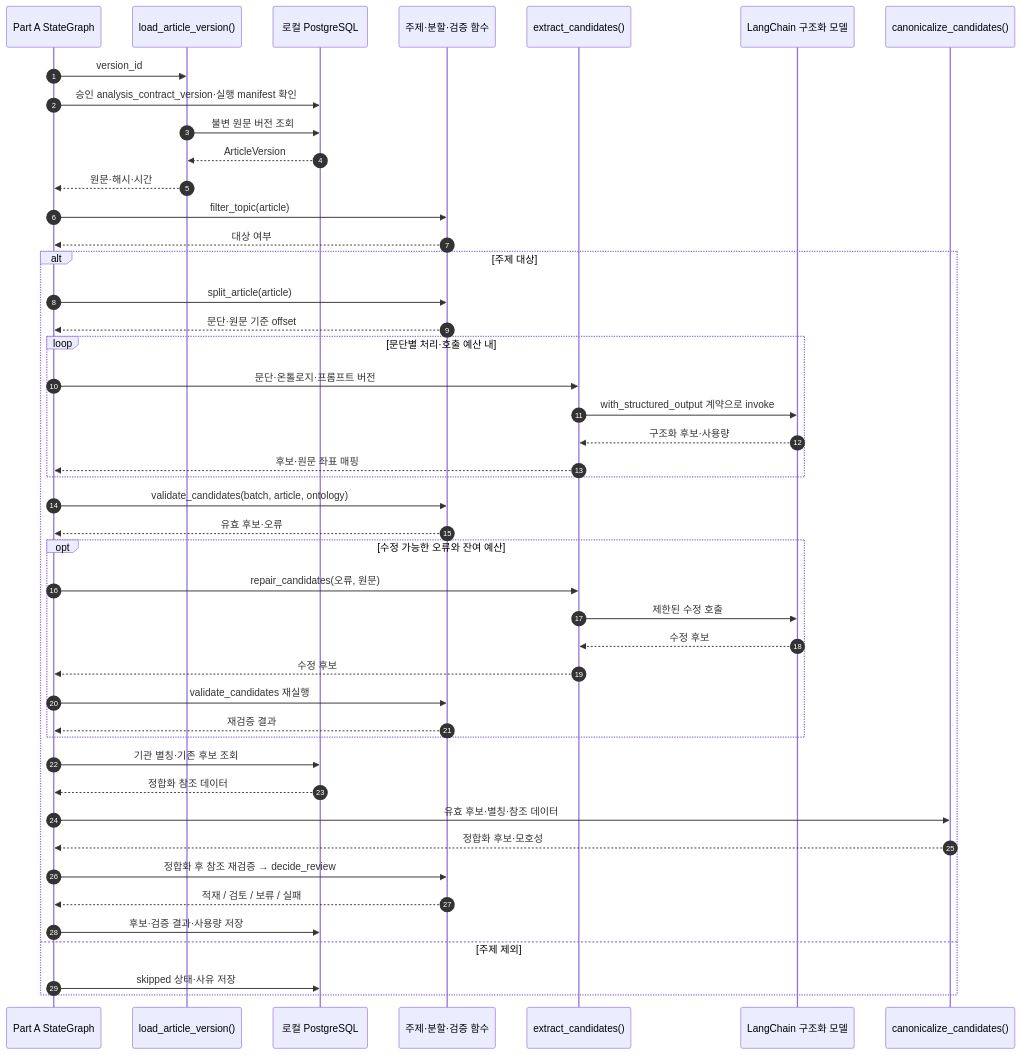
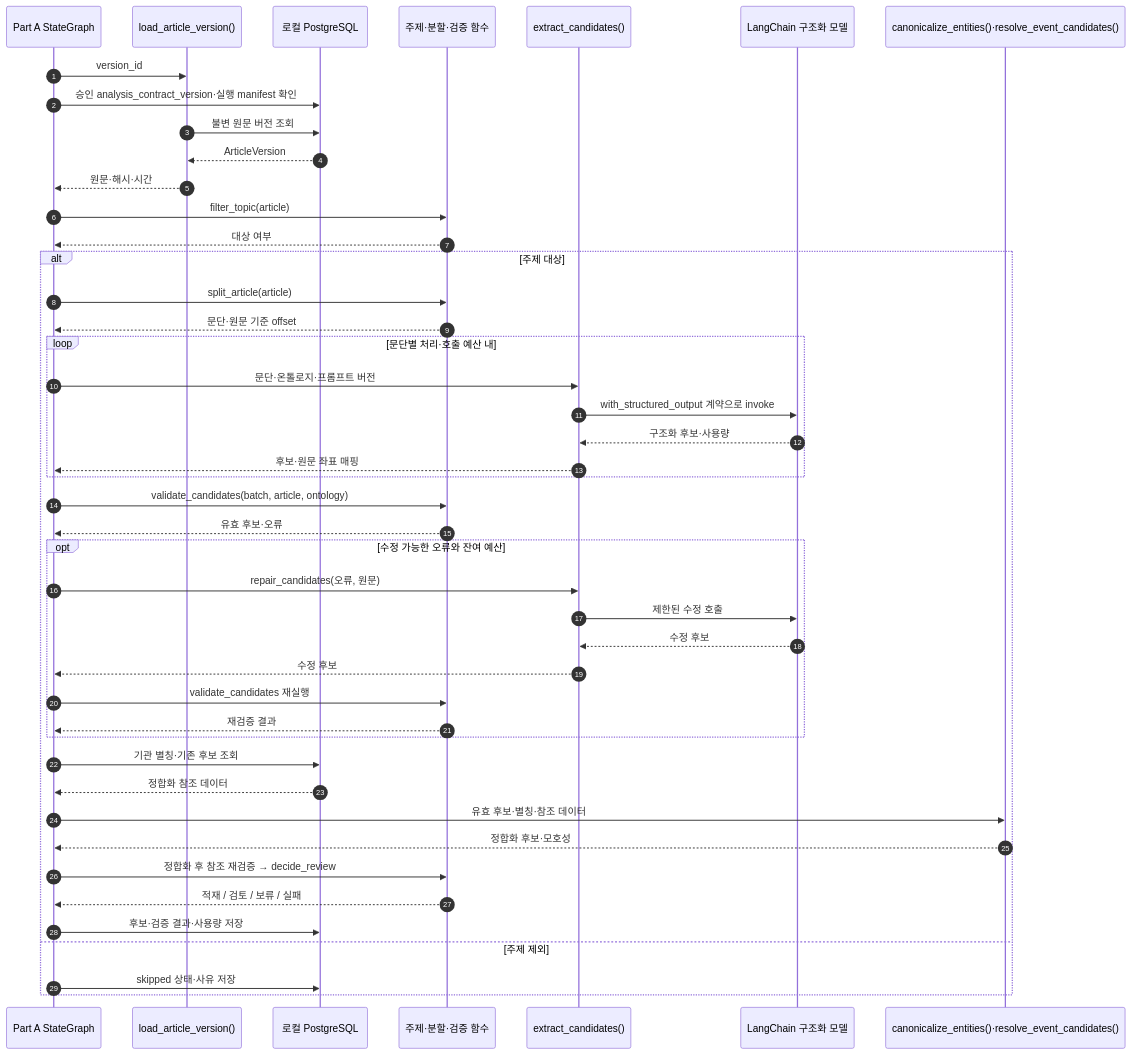
The seventh of 17 diagrams in docs/sequences.md (mykim711231/NewsContext), drawn with Mermaid before and after one commit. The commit also changed other lines of this file and 4 other files, not shown here.

First line of the commit message:
docs: canonical step names, single-transaction graph write, pre-reset dump

````diff
--- a/docs/sequences.md
+++ b/docs/sequences.md
@@ -246,47 +246,47 @@
 ```mermaid
 sequenceDiagram
     autonumber
     participant Flow as Part A StateGraph
     participant Read as load_article_version()
     participant DB as 로컬 PostgreSQL
     participant Pure as 주제·분할·검증 함수
     participant Extract as extract_candidates()
     participant Model as LangChain 구조화 모델
-    participant Resolve as canonicalize_candidates()
+    participant Resolve as canonicalize_entities()·resolve_event_candidates()
     Flow->>Read: version_id
     Flow->>DB: 승인 analysis_contract_version·실행 manifest 확인
     Read->>DB: 불변 원문 버전 조회
     DB-->>Read: ArticleVersion
     Read-->>Flow: 원문·해시·시간
     Flow->>Pure: filter_topic(article)
     Pure-->>Flow: 대상 여부
     alt 주제 대상
         Flow->>Pure: split_article(article)
         Pure-->>Flow: 문단·원문 기준 offset
         loop 문단별 처리·호출 예산 내
             Flow->>Extract: 문단·온톨로지·프롬프트 버전
             Extract->>Model: with_structured_output 계약으로 invoke
             Model-->>Extract: 구조화 후보·사용량
             Extract-->>Flow: 후보·원문 좌표 매핑
         end
         Flow->>Pure: validate_candidates(batch, article, ontology)
         Pure-->>Flow: 유효 후보·오류
         opt 수정 가능한 오류와 잔여 예산
             Flow->>Extract: repair_candidates(오류, 원문)
             Extract->>Model: 제한된 수정 호출
             Model-->>Extract: 수정 후보
             Extract-->>Flow: 수정 후보
             Flow->>Pure: validate_candidates 재실행
             Pure-->>Flow: 재검증 결과
         end
         Flow->>DB: 기관 별칭·기존 후보 조회
         DB-->>Flow: 정합화 참조 데이터
         Flow->>Resolve: 유효 후보·별칭·참조 데이터
         Resolve-->>Flow: 정합화 후보·모호성
         Flow->>Pure: 정합화 후 참조 재검증 → decide_review
         Pure-->>Flow: 적재 / 검토 / 보류 / 실패
         Flow->>DB: 후보·검증 결과·사용량 저장
     else 주제 제외
         Flow->>DB: skipped 상태·사유 저장
     end
 ```
````
